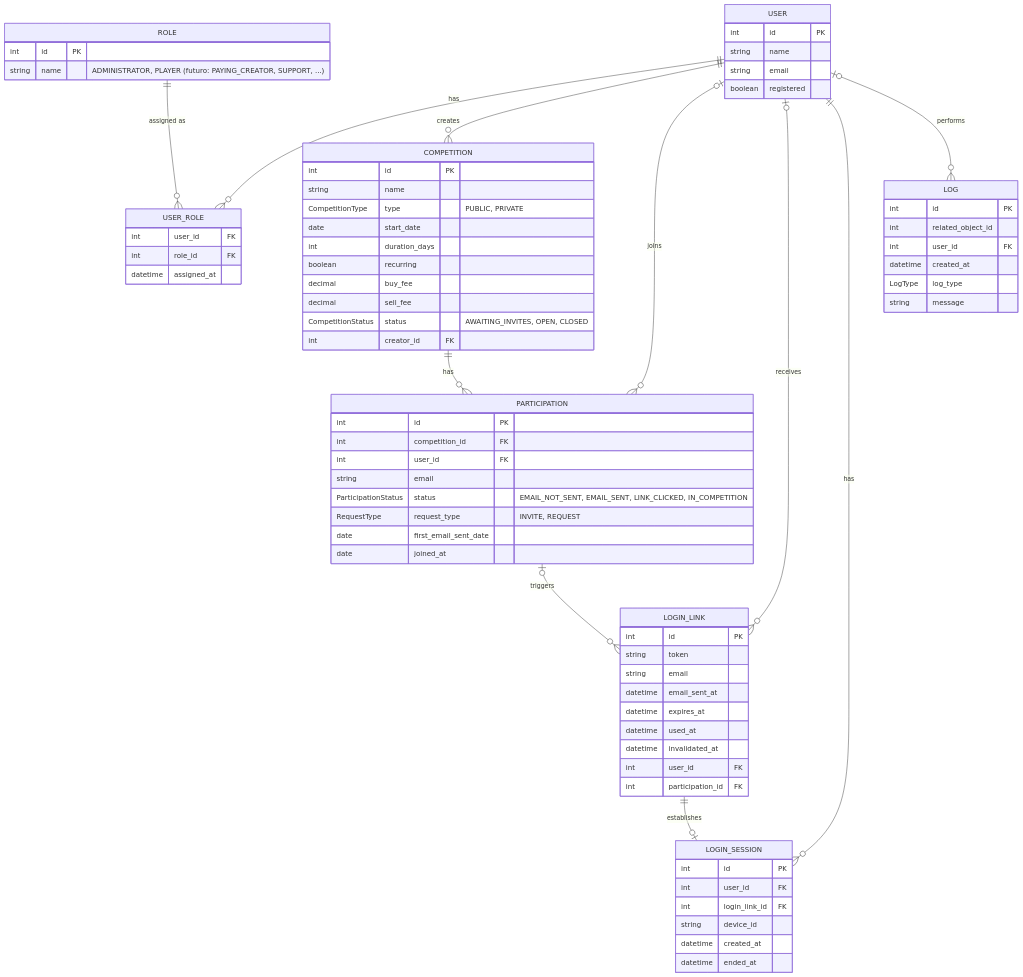
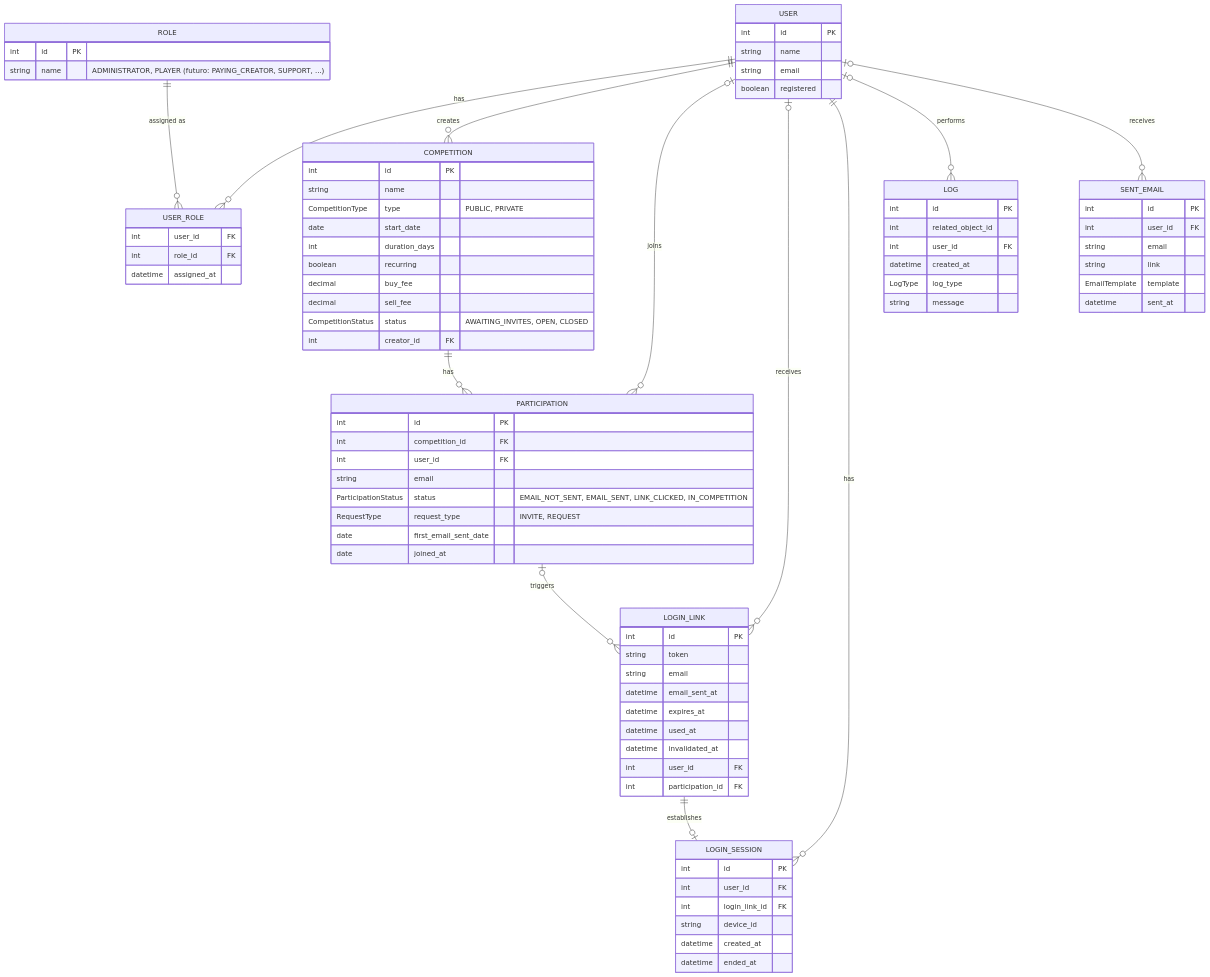
One commit to lalgarve/jogo-acoes changed the diagram in docs/diagrams/der.md. Above: the diagram before and after it, drawn with Mermaid. The commit also changed other lines of this file and 8 other files, not shown here.

````diff
--- a/docs/diagrams/der.md
+++ b/docs/diagrams/der.md
@@ -69,6 +69,14 @@
         LogType log_type
         string message
     }
+    SENT_EMAIL {
+        int id PK
+        int user_id FK
+        string email
+        string link
+        EmailTemplate template
+        datetime sent_at
+    }
 
     USER          ||--o{ USER_ROLE      : has
     ROLE          ||--o{ USER_ROLE      : "assigned as"
@@ -80,4 +88,5 @@
     USER          ||--o{ LOGIN_SESSION  : has
     LOGIN_LINK    ||--o| LOGIN_SESSION  : establishes
     USER          |o--o{ LOG            : performs
+    USER          |o--o{ SENT_EMAIL     : receives
 ```
````
